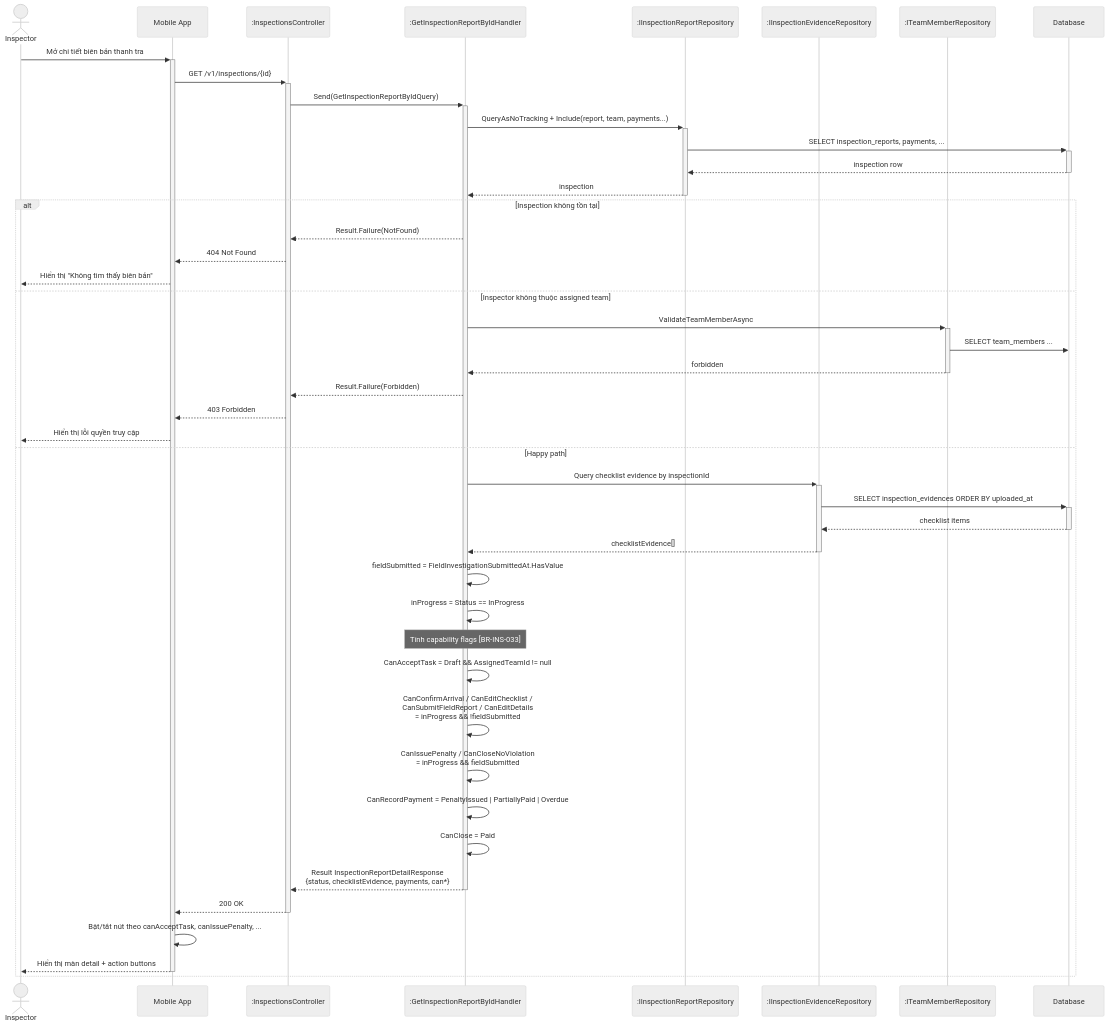
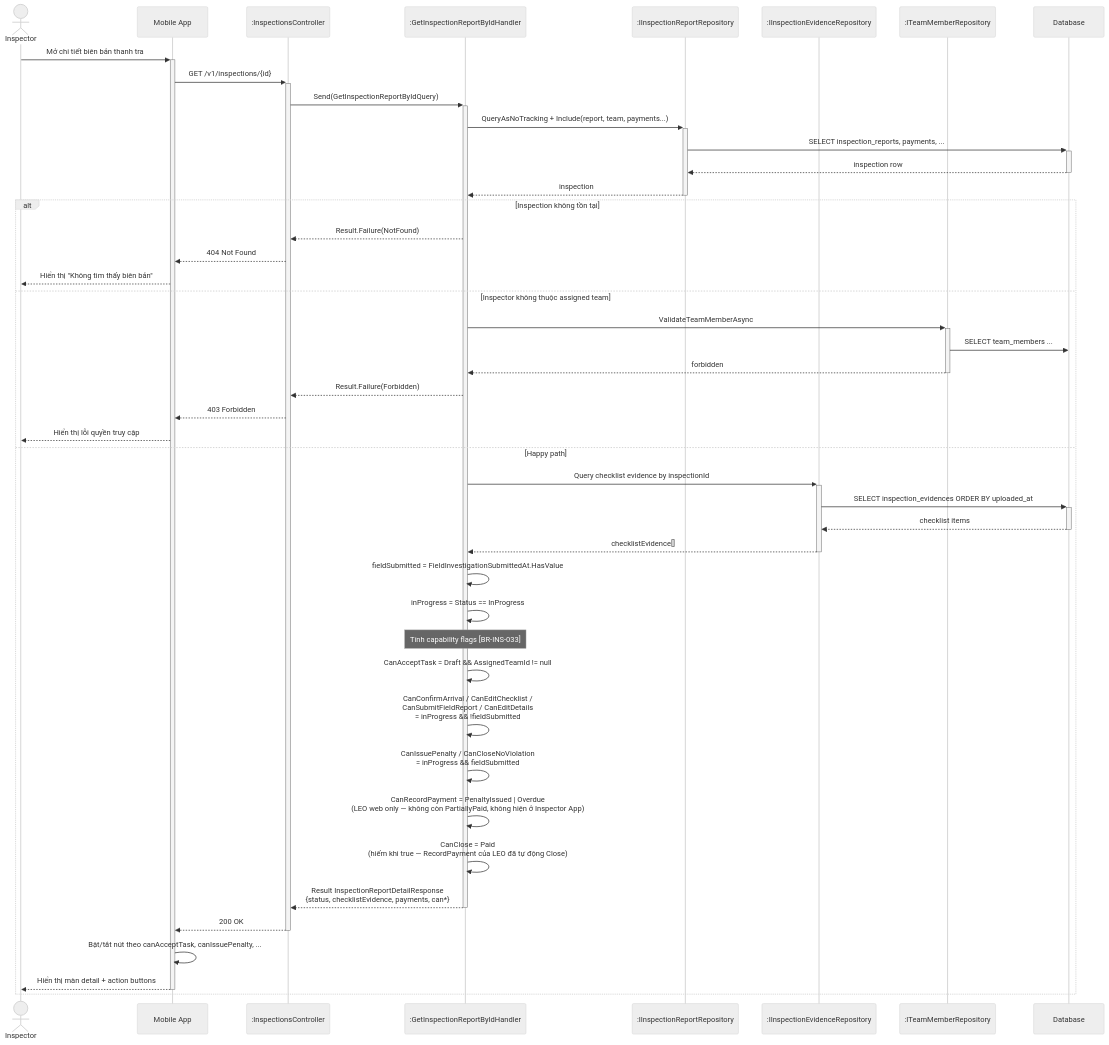
One commit to Capstonne-Project/greenlens-service changed diagram 17 of 34 in docs/BusinessRule/SEQUENCE_DIAGRAMS.md. Above: the diagram before and after it, drawn with Mermaid (neutral theme). The commit also changed other lines of this file and 4 other files, not shown here.

````diff
--- a/docs/BusinessRule/SEQUENCE_DIAGRAMS.md
+++ b/docs/BusinessRule/SEQUENCE_DIAGRAMS.md
@@ -1145,53 +1145,53 @@
 ```mermaid
 sequenceDiagram
     actor Inspector
     participant App as Mobile App
     participant Ctrl as :InspectionsController
     participant Hdl as :GetInspectionReportByIdHandler
     participant InspRepo as :IInspectionReportRepository
     participant EvRepo as :IInspectionEvidenceRepository
     participant TeamRepo as :ITeamMemberRepository
     participant DB as Database
 
     Inspector->>+App: Mở chi tiết biên bản thanh tra
     App->>+Ctrl: GET /v1/inspections/{id}
     Ctrl->>+Hdl: Send(GetInspectionReportByIdQuery)
 
     Hdl->>+InspRepo: QueryAsNoTracking + Include(report, team, payments...)
     InspRepo->>+DB: SELECT inspection_reports, payments, ...
     DB-->>-InspRepo: inspection row
     InspRepo-->>-Hdl: inspection
 
     alt Inspection không tồn tại
         Hdl-->>Ctrl: Result.Failure(NotFound)
         Ctrl-->>App: 404 Not Found
         App-->>Inspector: Hiển thị "Không tìm thấy biên bản"
     else Inspector không thuộc assigned team
         Hdl->>+TeamRepo: ValidateTeamMemberAsync
         TeamRepo->>DB: SELECT team_members ...
         TeamRepo-->>-Hdl: forbidden
         Hdl-->>Ctrl: Result.Failure(Forbidden)
         Ctrl-->>App: 403 Forbidden
         App-->>Inspector: Hiển thị lỗi quyền truy cập
     else Happy path
         Hdl->>+EvRepo: Query checklist evidence by inspectionId
         EvRepo->>+DB: SELECT inspection_evidences ORDER BY uploaded_at
         DB-->>-EvRepo: checklist items
         EvRepo-->>-Hdl: checklistEvidence[]
 
         Hdl->>Hdl: fieldSubmitted = FieldInvestigationSubmittedAt.HasValue
         Hdl->>Hdl: inProgress = Status == InProgress
 
         Note over Hdl: Tính capability flags [BR-INS-033]
         Hdl->>Hdl: CanAcceptTask = Draft && AssignedTeamId != null
         Hdl->>Hdl: CanConfirmArrival / CanEditChecklist /<br/>CanSubmitFieldReport / CanEditDetails<br/>= inProgress && !fieldSubmitted
         Hdl->>Hdl: CanIssuePenalty / CanCloseNoViolation<br/>= inProgress && fieldSubmitted
-        Hdl->>Hdl: CanRecordPayment = PenaltyIssued | PartiallyPaid | Overdue
-        Hdl->>Hdl: CanClose = Paid
+        Hdl->>Hdl: CanRecordPayment = PenaltyIssued | Overdue<br/>(LEO web only — không còn PartiallyPaid, không hiện ở Inspector App)
+        Hdl->>Hdl: CanClose = Paid<br/>(hiếm khi true — RecordPayment của LEO đã tự động Close)
 
         Hdl-->>-Ctrl: Result InspectionReportDetailResponse<br/>{status, checklistEvidence, payments, can*}
         Ctrl-->>-App: 200 OK
         App->>App: Bật/tắt nút theo canAcceptTask, canIssuePenalty, ...
         App-->>-Inspector: Hiển thị màn detail + action buttons
     end
 ```
````
